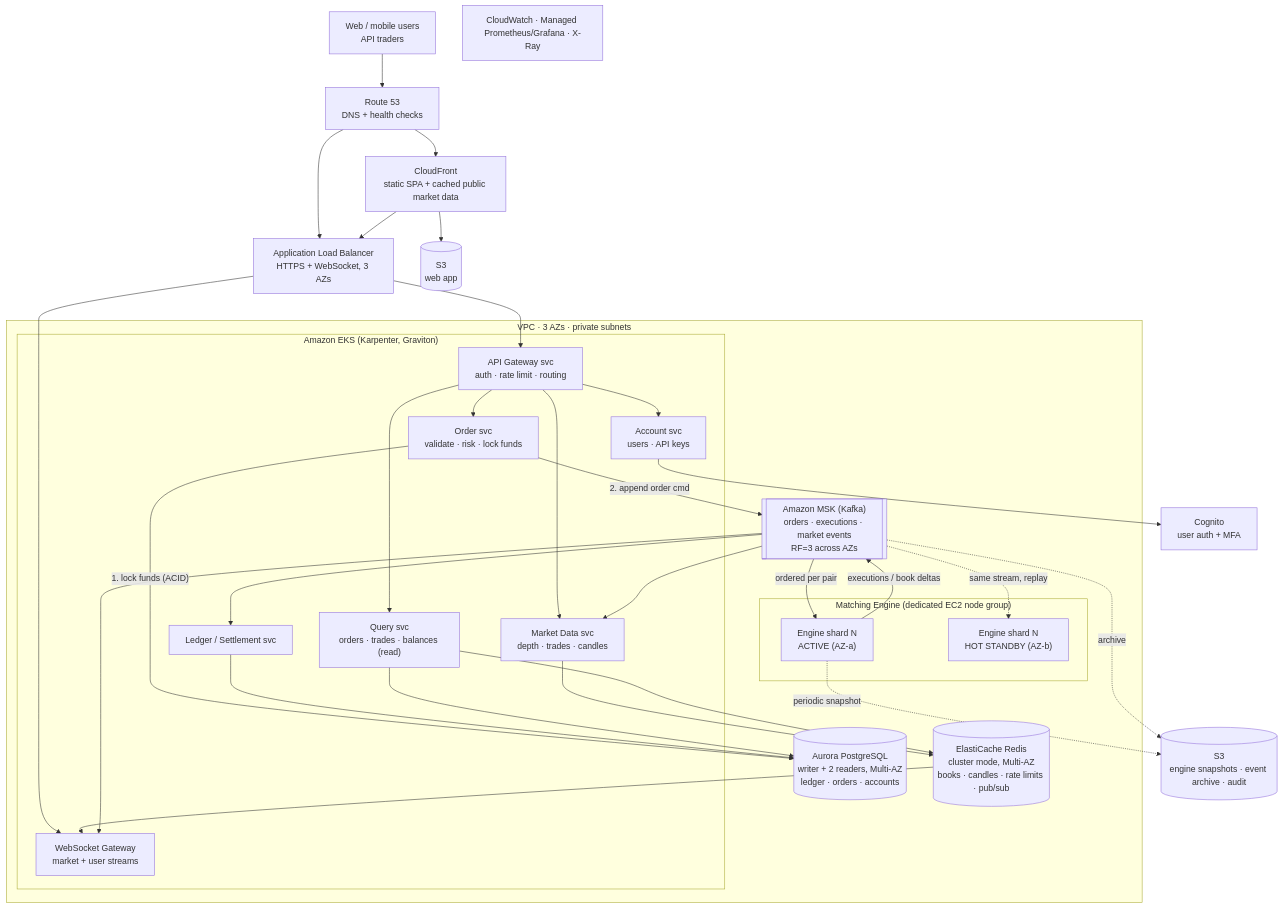
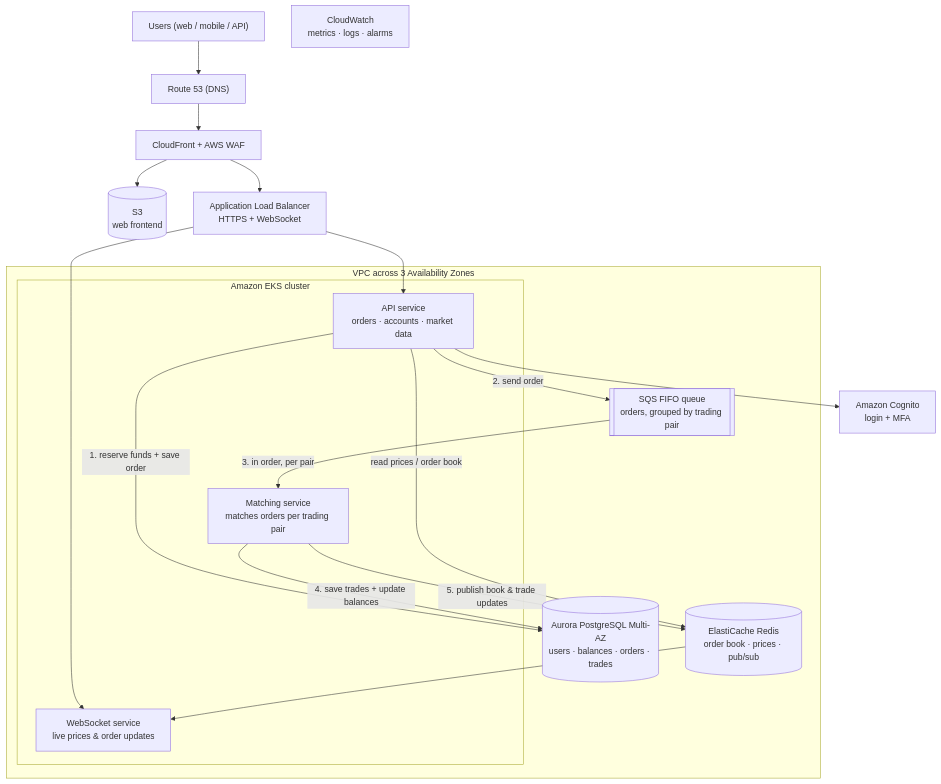
Before and after one commit to hungran/devops-challenge: the diagram in src/problem1/SOLUTION.md, drawn with Mermaid. The commit also changed other lines of this file and 2 other files, not shown here.

````diff
--- a/src/problem1/SOLUTION.md
+++ b/src/problem1/SOLUTION.md
@@ -32,48 +27,32 @@
 ```mermaid
 flowchart TB
-  U["Web / mobile users<br/>API traders"] --> R53["Route 53<br/>DNS + health checks"]
-  R53 --> CF["CloudFront<br/>static SPA + cached public market data"]
-  R53 --> ALB
-  CF --> S3W[("S3<br/>web app")]
-  CF --> ALB["Application Load Balancer<br/>HTTPS + WebSocket, 3 AZs"]
+  U["Users (web / mobile / API)"] --> R53["Route 53 (DNS)"]
+  R53 --> CF["CloudFront + AWS WAF"]
+  CF --> S3[("S3<br/>web frontend")]
+  CF --> ALB["Application Load Balancer<br/>HTTPS + WebSocket"]
 
-  subgraph VPC["VPC · 3 AZs · private subnets"]
-    subgraph EKS["Amazon EKS (Karpenter, Graviton)"]
-      GW["API Gateway svc<br/>auth · rate limit · routing"]
-      WS["WebSocket Gateway<br/>market + user streams"]
-      ORD["Order svc<br/>validate · risk · lock funds"]
-      QRY["Query svc<br/>orders · trades · balances (read)"]
-      MD["Market Data svc<br/>depth · trades · candles"]
-      LED["Ledger / Settlement svc"]
-      ACC["Account svc<br/>users · API keys"]
+  subgraph VPC["VPC across 3 Availability Zones"]
+    subgraph EKS["Amazon EKS cluster"]
+      API["API service<br/>orders · accounts · market data"]
+      WS["WebSocket service<br/>live prices & order updates"]
+      ME["Matching service<br/>matches orders per trading pair"]
     end
-    subgraph ME["Matching Engine (dedicated EC2 node group)"]
-      MEA["Engine shard N<br/>ACTIVE (AZ-a)"]
-      MES["Engine shard N<br/>HOT STANDBY (AZ-b)"]
-    end
-    MSK[["Amazon MSK (Kafka)<br/>orders · executions · market events<br/>RF=3 across AZs"]]
-    AUR[("Aurora PostgreSQL<br/>writer + 2 readers, Multi-AZ<br/>ledger · orders · accounts")]
-    RED[("ElastiCache Redis<br/>cluster mode, Multi-AZ<br/>books · candles · rate limits · pub/sub")]
+    Q[["SQS FIFO queue<br/>orders, grouped by trading pair"]]
+    DB[("Aurora PostgreSQL Multi-AZ<br/>users · balances · orders · trades")]
+    RC[("ElastiCache Redis<br/>order book · prices · pub/sub")]
   end
 
-  COG["Cognito<br/>user auth + MFA"]
-  S3S[("S3<br/>engine snapshots · event archive · audit")]
-  OBS["CloudWatch · Managed Prometheus/Grafana · X-Ray"]
+  COG["Amazon Cognito<br/>login + MFA"]
+  CW["CloudWatch<br/>metrics · logs · alarms"]
 
-  ALB --> GW & WS
-  GW --> ORD & QRY & MD & ACC
-  ACC --> COG
-  ORD -- "1. lock funds (ACID)" --> AUR
-  ORD -- "2. append order cmd" --> MSK
-  MSK -- "ordered per pair" --> MEA
-  MSK -. "same stream, replay" .-> MES
-  MEA -- "executions / book deltas" --> MSK
-  MEA -. "periodic snapshot" .-> S3S
-  MSK --> LED --> AUR
-  MSK --> MD --> RED
-  RED --> WS
-  MSK --> WS
-  QRY --> AUR
-  QRY --> RED
-  MSK -. "archive" .-> S3S
+  ALB --> API
+  ALB --> WS
+  API --> COG
+  API -- "1. reserve funds + save order" --> DB
+  API -- "2. send order" --> Q
+  Q -- "3. in order, per pair" --> ME
+  ME -- "4. save trades + update balances" --> DB
+  ME -- "5. publish book & trade updates" --> RC
+  RC --> WS
+  API -- "read prices / order book" --> RC
 ```
````
